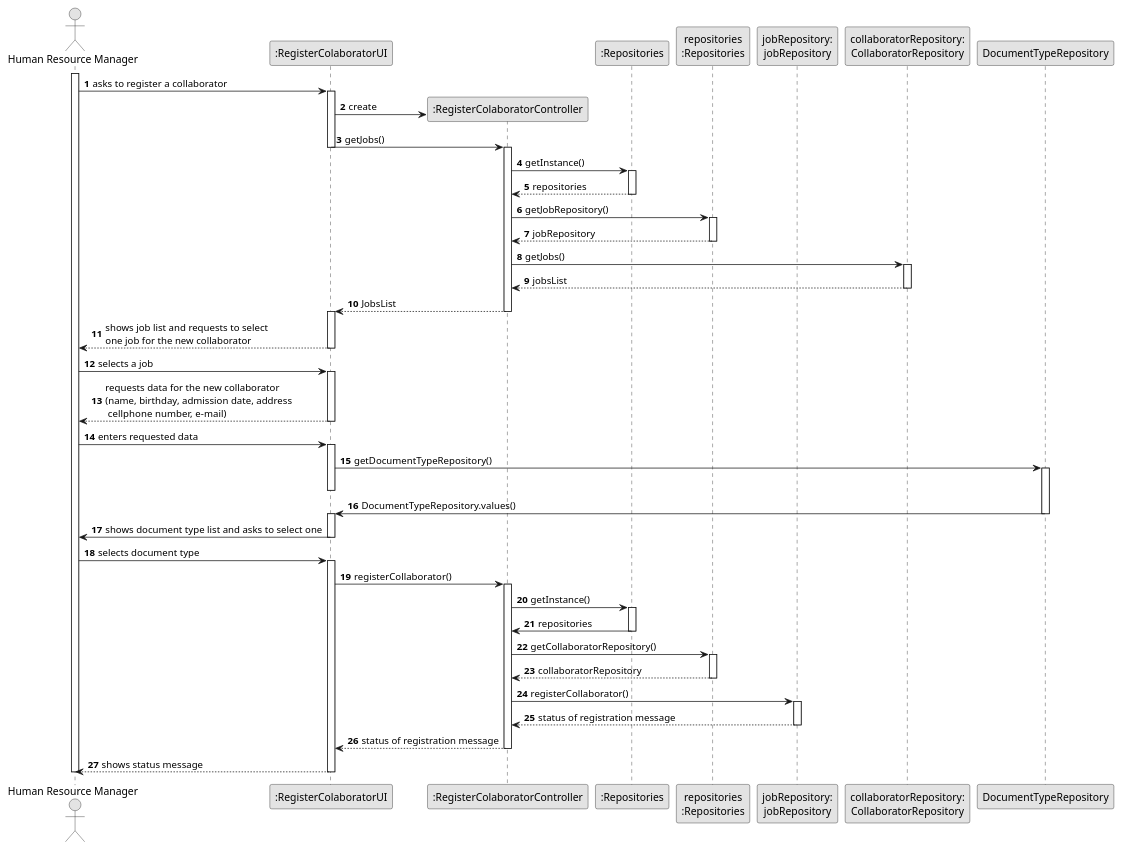
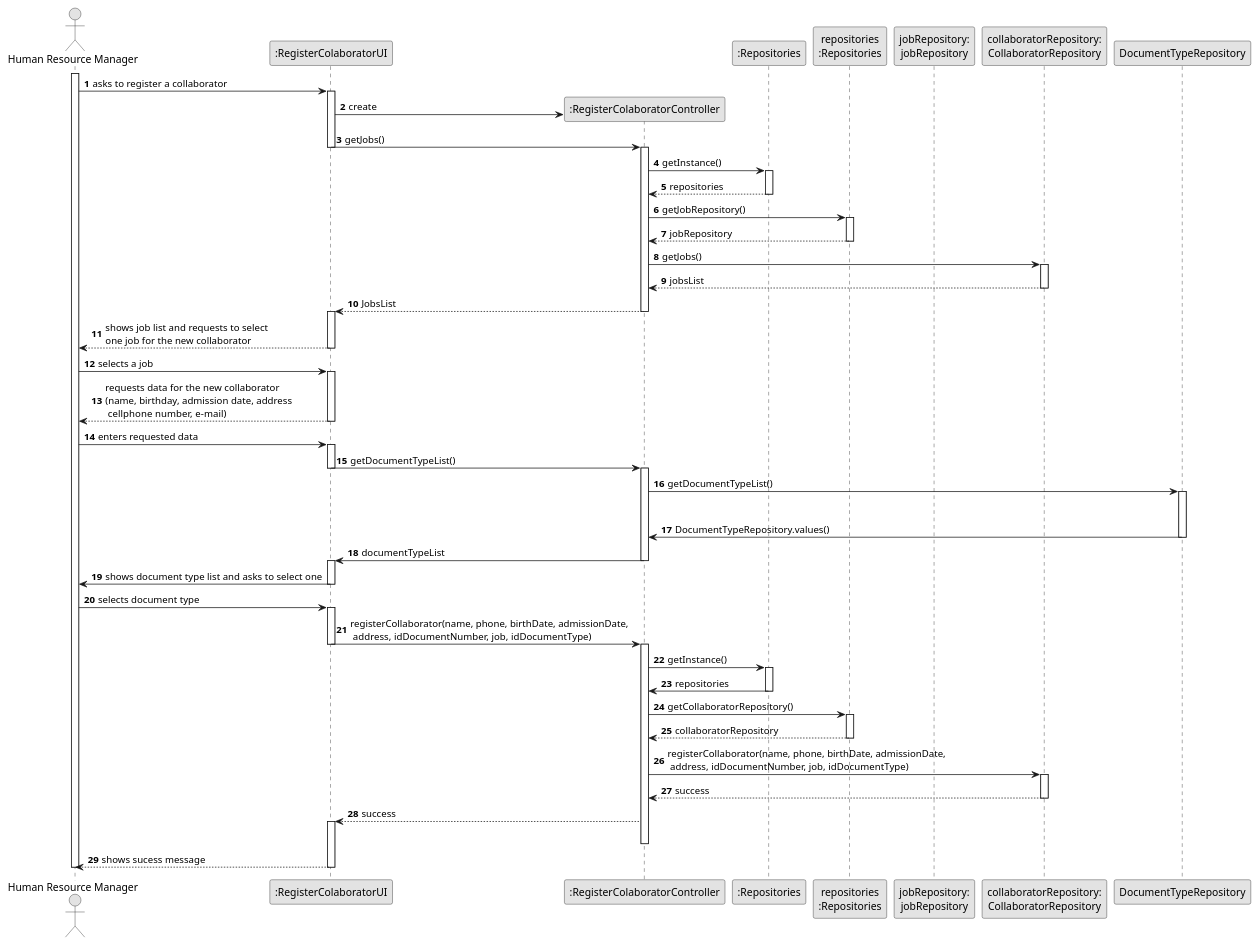
Before and after one commit to Departamento-de-Engenharia-Informatica/lei-24-s2-1do-g164: the diagram in docs/sprintB/us003/03.design/puml/us003-sequence-diagram-fullv2.puml, drawn with PlantUML. The commit also changed 8 other files, not shown here.

Commit message:
US06/03(docs): SD Diagram corrections (implementation): CollaboratorRepository and Controller *doubts about DocumentType*

```diff
--- a/docs/sprintB/us003/03.design/puml/us003-sequence-diagram-fullv2.puml
+++ b/docs/sprintB/us003/03.design/puml/us003-sequence-diagram-fullv2.puml
@@ -1,100 +1,111 @@
 @startuml
 skinparam monochrome true
 skinparam packageStyle rectangle
     skinparam shadowing false
 
     autonumber
 
     'hide footbox
     actor "Human Resource Manager" as HRM
     participant ":RegisterColaboratorUI" as UI
     participant ":RegisterColaboratorController" as CTRL
     participant ":Repositories" as RepositorySingleton
     participant "repositories\n:Repositories" as PLAT
     participant "jobRepository:\njobRepository" as SkillRepository
     participant "collaboratorRepository:\nCollaboratorRepository" as collaboratorRepository
     participant "DocumentTypeRepository" as DocumentTypeRepository
     activate HRM
 
             HRM -> UI : asks to register a collaborator
             activate UI
 
 
     '            UI --> ADM : requests data (reference, description,  informal \n description, technical description, duration, cost)
                 'create CTRL
                 UI -> CTRL** : create
 
                 UI -> CTRL : getJobs()
                 deactivate UI
                 activate CTRL
 
                     CTRL -> RepositorySingleton : getInstance()
                     activate RepositorySingleton
 
                         RepositorySingleton --> CTRL: repositories
                     deactivate RepositorySingleton
 
                     CTRL -> PLAT : getJobRepository()
                     activate PLAT
 
                         PLAT --> CTRL: jobRepository
                     deactivate PLAT
 
                     CTRL -> collaboratorRepository : getJobs()
                     activate collaboratorRepository
 
                         collaboratorRepository--> CTRL : jobsList
                     deactivate collaboratorRepository
 
                     CTRL --> UI : JobsList
                     deactivate RepositorySingleton
                     activate UI
                 deactivate CTRL
 
                 UI --> HRM : shows job list and requests to select \none job for the new collaborator
             deactivate UI
 
         HRM -> UI : selects a job
         activate UI
         HRM <-- UI : requests data for the new collaborator \n(name, birthday, admission date, address\n cellphone number, e-mail)
         deactivate UI
         HRM -> UI : enters requested data
         activate UI
-        UI -> DocumentTypeRepository : getDocumentTypeRepository()
+        UI -> CTRL : getDocumentTypeList()
+        deactivate UI
+        activate CTRL
+        CTRL -> DocumentTypeRepository : getDocumentTypeList()
+
         activate "DocumentTypeRepository"
         deactivate UI
-        DocumentTypeRepository -> UI : DocumentTypeRepository.values()
+        DocumentTypeRepository -> CTRL : DocumentTypeRepository.values()
         deactivate DocumentTypeRepository
+                CTRL -> UI : documentTypeList
+
+        deactivate CTRL
         activate UI
 
         UI -> HRM : shows document type list and asks to select one
         deactivate UI
         HRM -> UI : selects document type
         activate UI
 
-           UI -> CTRL : registerCollaborator()
+           UI -> CTRL : registerCollaborator(name, phone, birthDate, admissionDate,\n address, idDocumentNumber, job, idDocumentType)
+               deactivate UI
                activate CTRL
                  CTRL -> RepositorySingleton : getInstance()
                  activate RepositorySingleton
                    RepositorySingleton -> CTRL : repositories
                  deactivate RepositorySingleton
 
                  CTRL -> PLAT : getCollaboratorRepository()
                  activate PLAT
                    PLAT --> CTRL : collaboratorRepository
                  deactivate PLAT
 
-                 CTRL -> SkillRepository : registerCollaborator()
-                 activate SkillRepository
-                   SkillRepository --> CTRL : status of registration message
-                 deactivate SkillRepository
-                 CTRL --> UI : status of registration message
+                 CTRL -> collaboratorRepository : registerCollaborator(name, phone, birthDate, admissionDate,\n address, idDocumentNumber, job, idDocumentType)
+                 activate collaboratorRepository
+
+
+                   collaboratorRepository --> CTRL : success
+                 deactivate collaboratorRepository
+                 CTRL --> UI : success
+                 activate UI
                deactivate CTRL
 
-              UI --> HRM : shows status message
+              UI --> HRM : shows sucess message
                           deactivate UI
 
 
     deactivate HRM
 
 @enduml
```
